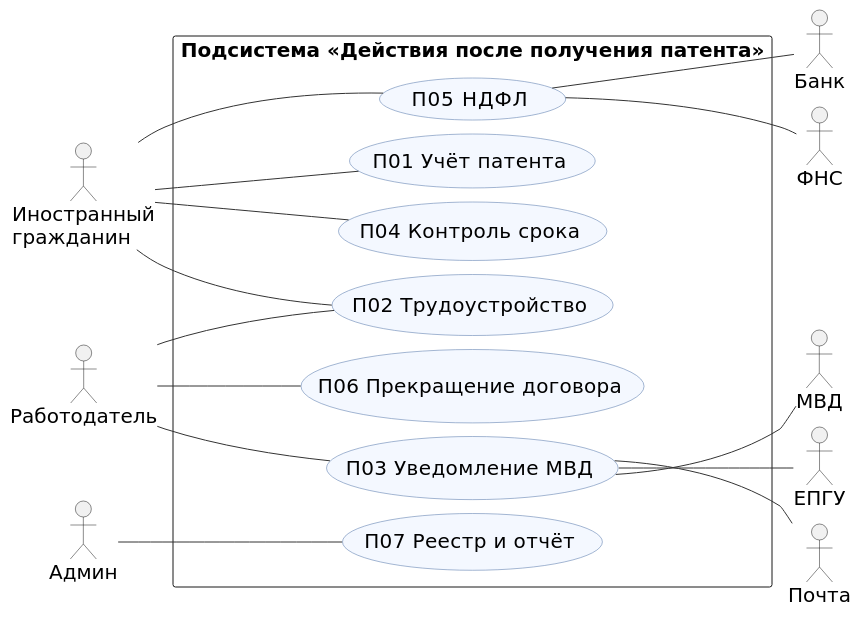
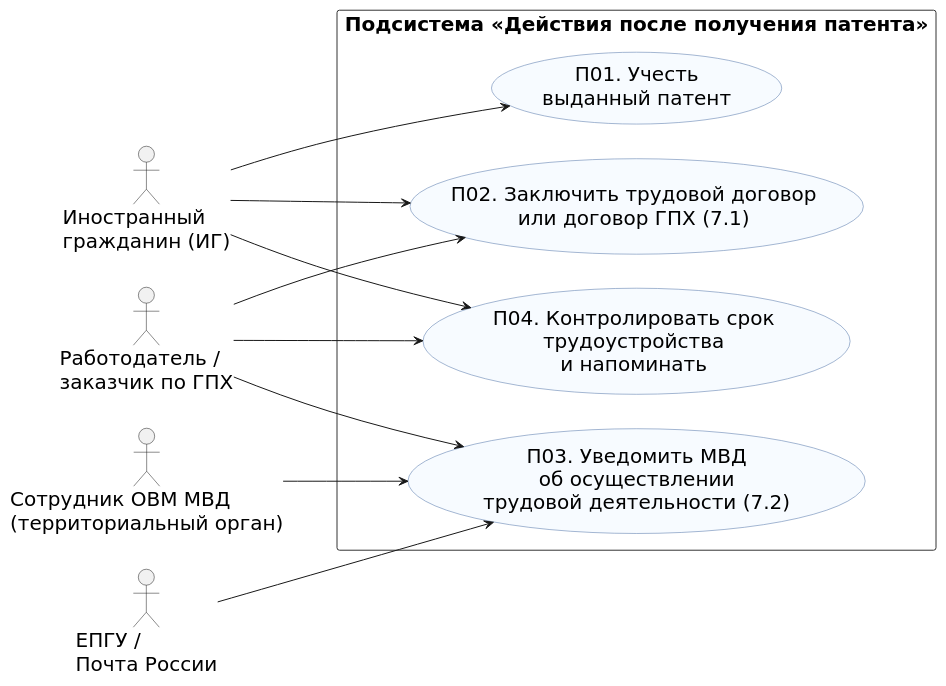
One commit to mflkee/study changed the diagram in tsu/5sem/Функциональное моделирование систем/_архив/книга/src/l1-usecases.puml. Above: the diagram before and after it, drawn with PlantUML. The commit also changed 2622 other files, not shown here.

Commit message:
ФМС: отчёт/слайды/книжка/речь/шпаргалка под ядро темы 7, 23 диаграммы, скрипты сборки

```diff
--- a/tsu/5sem/Функциональное моделирование систем/_архив/книга/src/l1-usecases.puml
+++ b/tsu/5sem/Функциональное моделирование систем/_архив/книга/src/l1-usecases.puml
@@ -1,48 +1,51 @@
 @startuml
-' Упрощённая диаграмма прецедентов для печатной книжки (лаб. 1)
-skinparam defaultFontName "DejaVu Sans"
+' Диаграмма прецедентов: подсистема «Действия после получения патента» (тема 7 дорожной карты)
+' 4 прецедента (П01–П04), 4 актора (A1–A4). Отношений include/extend нет:
+' прецеденты независимы, связь между ними — только через предусловия (см. usecase-diagram.md).
+' Рендер: plantuml usecase-diagram.puml   (или расширение PlantUML в IDE)
+' Проверка: plantuml -checkonly usecase-diagram.puml
+
+left to right direction
+skinparam packageStyle rectangle
 skinparam shadowing false
 skinparam defaultFontSize 20
-skinparam nodesep 14
-skinparam ranksep 30
-skinparam ArrowColor #333333
-left to right direction
+skinparam defaultFontName "DejaVu Sans"
+skinparam nodesep 34
+skinparam ranksep 70
 skinparam usecase {
-  BackgroundColor #F4F8FF
+  BackgroundColor #F7FBFF
   BorderColor #4A6FA5
 }
-
-actor "Иностранный\nгражданин" as IG
-actor "Работодатель" as RAB
-actor "Админ" as ADM
-
-rectangle "Подсистема «Действия после получения патента»" {
-  usecase "П01  Учёт патента" as P01
-  usecase "П02  Трудоустройство" as P02
-  usecase "П03  Уведомление МВД" as P03
-  usecase "П04  Контроль срока" as P04
-  usecase "П05  НДФЛ" as P05
-  usecase "П06  Прекращение договора" as P06
-  usecase "П07  Реестр и отчёт" as P07
+skinparam rectangle {
+  BackgroundColor #FFFFFF
+  BorderColor #333333
 }
 
-actor "МВД" as MVD
-actor "ЕПГУ" as EPGU
-actor "Почта" as POST
-actor "ФНС" as FNS
-actor "Банк" as BANK
+' --- Основные исполнители ---
+actor "Иностранный\nгражданин (ИГ)" as CIT
+actor "Работодатель /\nзаказчик по ГПХ" as EMP
 
-IG -- P01
-IG -- P02
-IG -- P04
-IG -- P05
-RAB -- P02
-RAB -- P03
-RAB -- P06
-ADM -- P07
-P03 -- MVD
-P03 -- EPGU
-P03 -- POST
-P05 -- FNS
-P05 -- BANK
+' --- Вспомогательные исполнители ---
+actor "Сотрудник ОВМ МВД\n(территориальный орган)" as MVD
+actor "ЕПГУ /\nПочта России" as CHANNEL
+
+rectangle "Подсистема «Действия после получения патента»" as SYS {
+  usecase "П01. Учесть\nвыданный патент" as UC01
+  usecase "П02. Заключить трудовой договор\nили договор ГПХ (7.1)" as UC02
+  usecase "П03. Уведомить МВД\nоб осуществлении\nтрудовой деятельности (7.2)" as UC03
+  usecase "П04. Контролировать срок\nтрудоустройства\nи напоминать" as UC04
+}
+
+' --- ассоциации ---
+CIT --> UC01
+CIT --> UC02
+CIT --> UC04
+
+EMP --> UC02
+EMP --> UC03
+EMP --> UC04
+
+MVD --> UC03
+CHANNEL --> UC03
+
 @enduml
```
